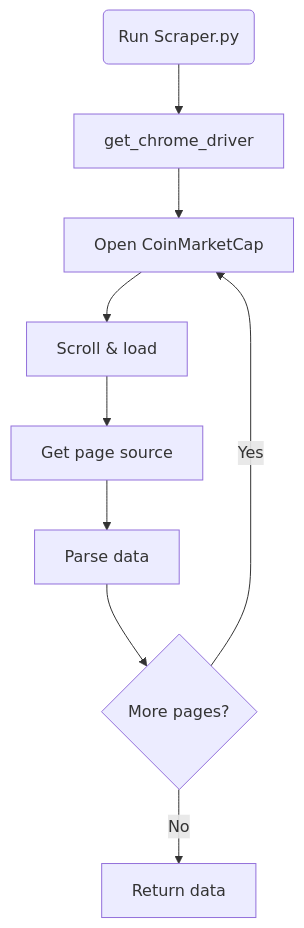
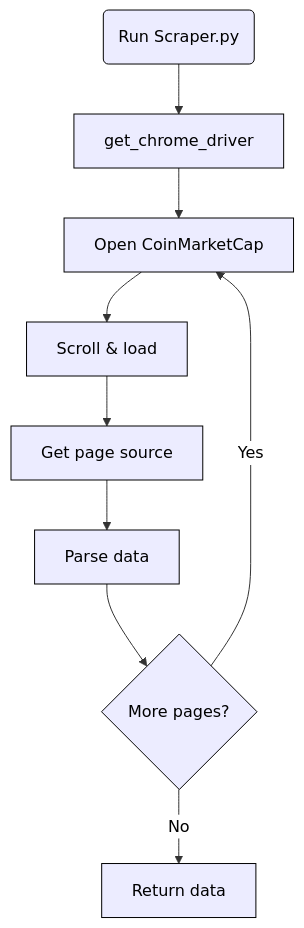
One commit to ZohaibJavaid32/coinmarket_scraping_project changed the diagram in ARCHITECTURE_Diagram.md. Above: the diagram before and after it, drawn with Mermaid.

Commit message:
Enhance ARCHITECTURE_Diagram with theme customization
Updated Mermaid diagram with theme variables for better visualization.

````diff
--- a/ARCHITECTURE_Diagram.md
+++ b/ARCHITECTURE_Diagram.md
@@ -1,11 +1,13 @@
 ```mermaid
+%%{init: {'themeVariables': { 'background': '#ffffff', 'primaryColor': '#f9f9f9', 'edgeLabelBackground':'#ffffff', 'nodeBorder':'#000000', 'textColor':'#000000'}}}%%
+
 flowchart TD
     A(Run Scraper.py) --> B[get_chrome_driver]
     B --> C[Open CoinMarketCap]
     C --> D[Scroll & load]
     D --> E[Get page source]
     E --> F[Parse data]
     F --> G{More pages?}
     G -->|Yes| C
     G -->|No| H[Return data]
 ```
````
